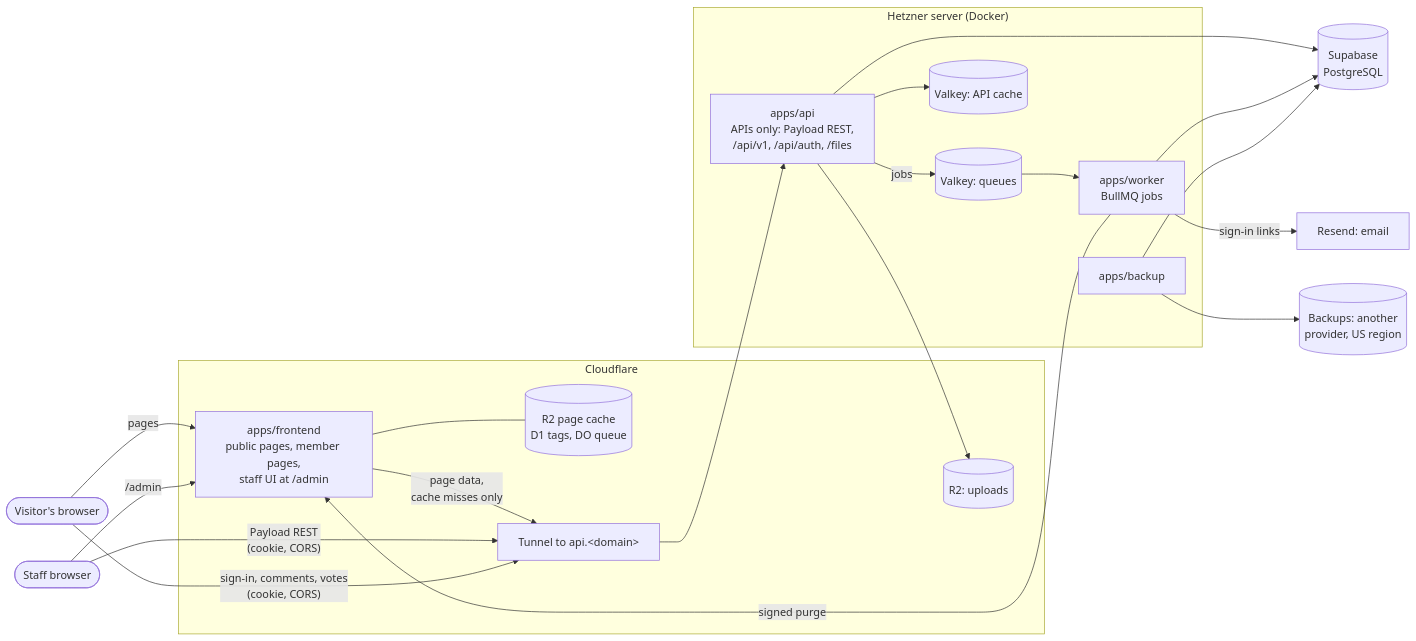
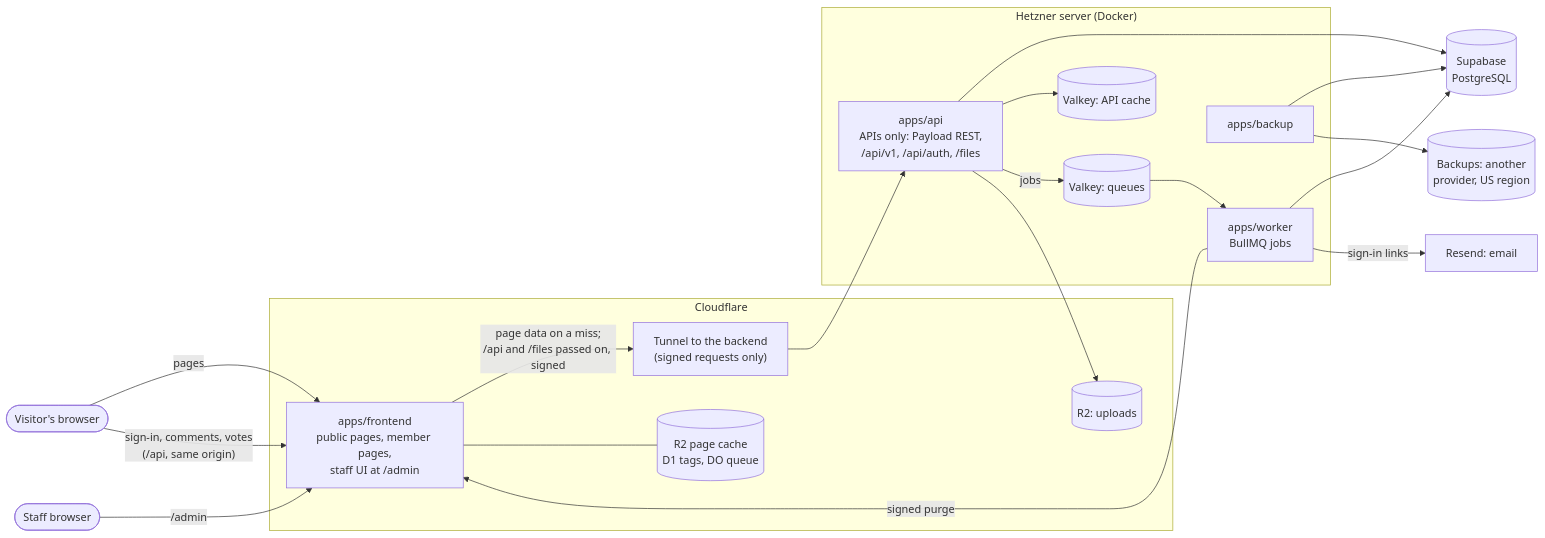
One commit to benoyj20/Country-Topics-Platform changed the diagram in docs/adr/0014-split-site-and-backend.md. Above: the diagram before and after it, drawn with Mermaid. The commit also changed other lines of this file, not shown here.

First line of the commit message:
docs: put staging at dev.<domain> and pass API calls through the frontend (ADR 0014) (#20)

````diff
--- a/docs/adr/0014-split-site-and-backend.md
+++ b/docs/adr/0014-split-site-and-backend.md
@@ -85,42 +87,41 @@
 ```mermaid
 flowchart LR
   visitor([Visitor's browser])
   editor([Staff browser])
 
   subgraph cf["Cloudflare"]
     site["apps/frontend<br/>public pages, member pages,<br/>staff UI at /admin"]
     sitecache[("R2 page cache<br/>D1 tags, DO queue")]
-    tunnel["Tunnel to api.&lt;domain&gt;"]
+    tunnel["Tunnel to the backend<br/>(signed requests only)"]
     r2files[("R2: uploads")]
   end
 
   subgraph hz["Hetzner server (Docker)"]
     api["apps/api<br/>APIs only: Payload REST,<br/>/api/v1, /api/auth, /files"]
     worker["apps/worker<br/>BullMQ jobs"]
     backup["apps/backup"]
     queue[("Valkey: queues")]
     cache[("Valkey: API cache")]
   end
 
   db[("Supabase<br/>PostgreSQL")]
   offsite[("Backups: another<br/>provider, US region")]
   resend["Resend: email"]
 
   visitor -- "pages" --> site
   editor -- "/admin" --> site
-  site -- "page data,<br/>cache misses only" --> tunnel
-  editor -- "Payload REST<br/>(cookie, CORS)" --> tunnel
-  visitor -- "sign-in, comments, votes<br/>(cookie, CORS)" --> tunnel
+  visitor -- "sign-in, comments, votes<br/>(/api, same origin)" --> site
+  site -- "page data on a miss;<br/>/api and /files passed on, signed" --> tunnel
   tunnel --> api
   site --- sitecache
   api --> db
   api --> cache
   api -- "jobs" --> queue
   queue --> worker
   worker --> db
   worker -- "sign-in links" --> resend
   worker -- "signed purge" --> site
   api --> r2files
   backup --> db
   backup --> offsite
 ```
````
